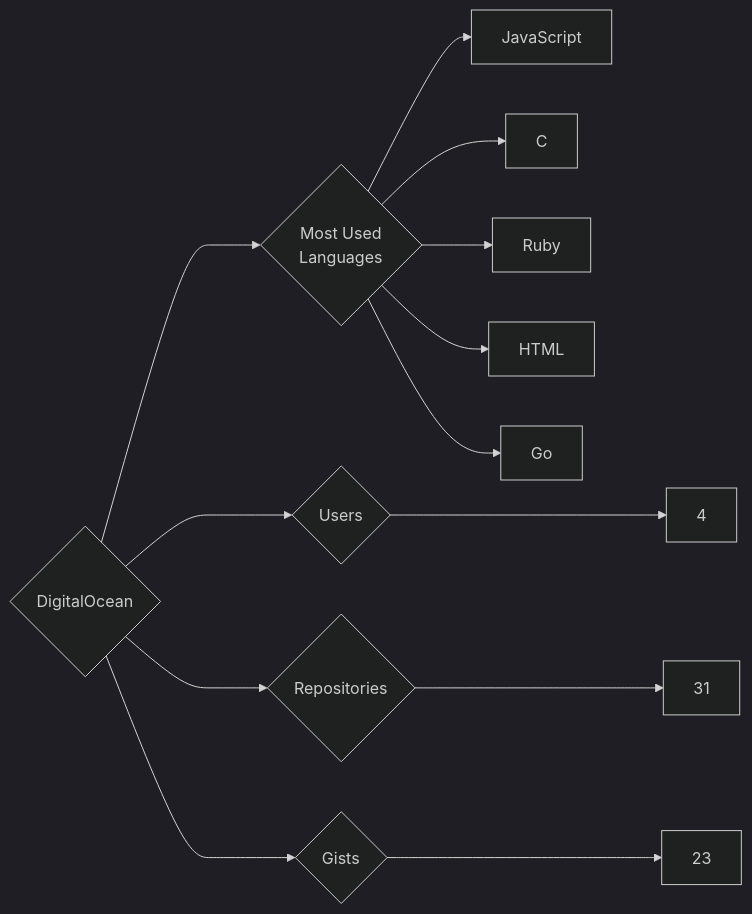
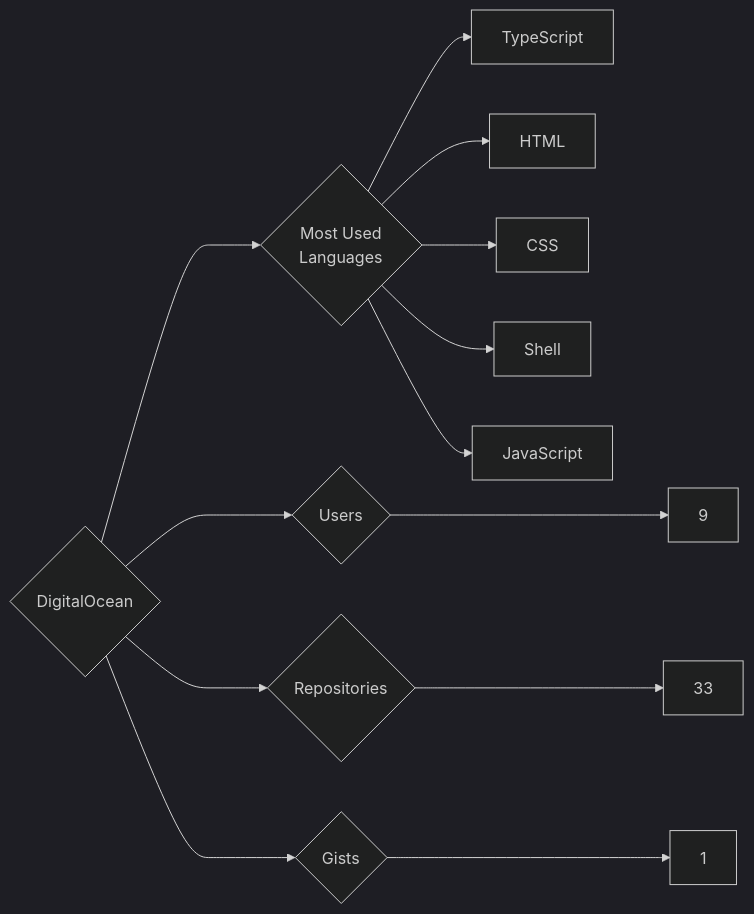
Before and after one commit to trickest/insiders: the diagram in targets/DigitalOcean/README.md, drawn with Mermaid (dark theme). The commit also changed 1170 other files, not shown here.

````diff
--- a/targets/DigitalOcean/README.md
+++ b/targets/DigitalOcean/README.md
@@ -3,13 +3,13 @@
 ```mermaid
 graph LR
 COMPANY_NAME{DigitalOcean}
-COMPANY_NAME ---> U{Users} ---> UN[4]
-COMPANY_NAME ---> R{Repositories} ---> RN[31]
-COMPANY_NAME ---> G{Gists} ---> GN[23]
+COMPANY_NAME ---> U{Users} ---> UN[9]
+COMPANY_NAME ---> R{Repositories} ---> RN[33]
+COMPANY_NAME ---> G{Gists} ---> GN[1]
 COMPANY_NAME ---> ML{Most Used<br>Languages}
+ML --> TypeScript[TypeScript]
+ML --> HTML[HTML]
+ML --> CSS[CSS]
+ML --> Shell[Shell]
 ML --> JavaScript[JavaScript]
-ML --> C[C]
-ML --> Ruby[Ruby]
-ML --> HTML[HTML]
-ML --> Go[Go]
 ```
````
